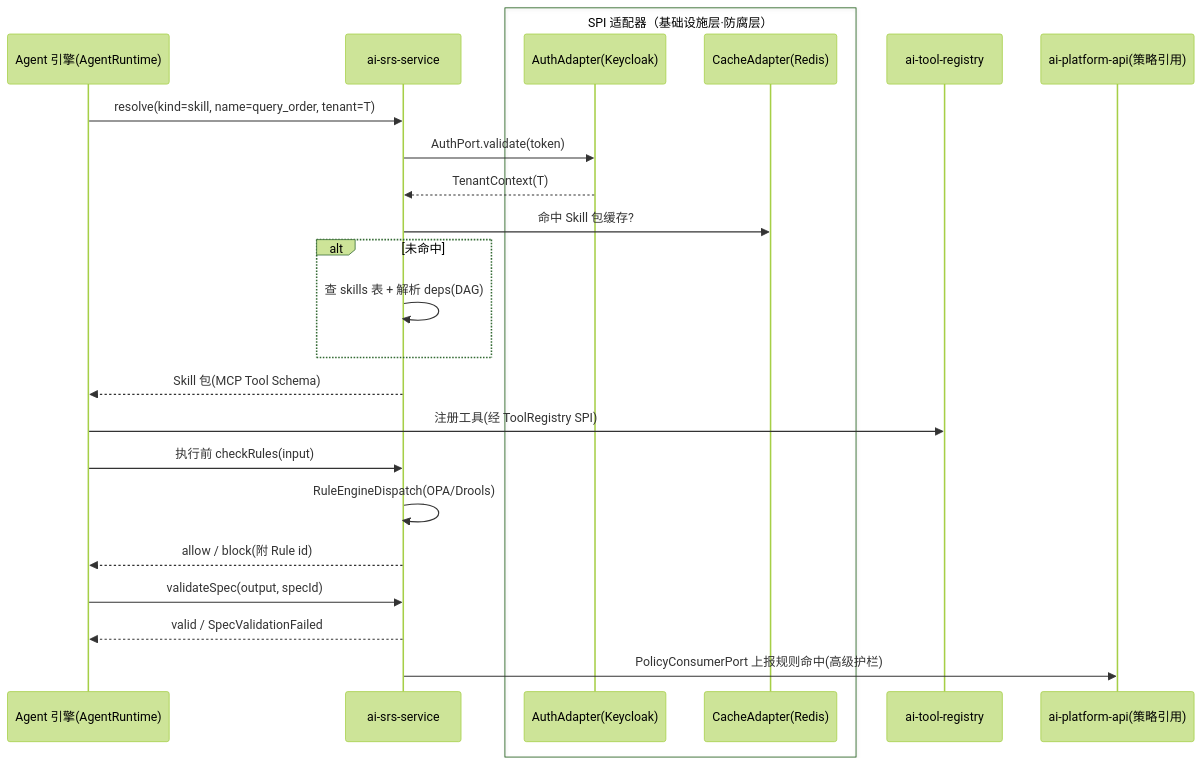
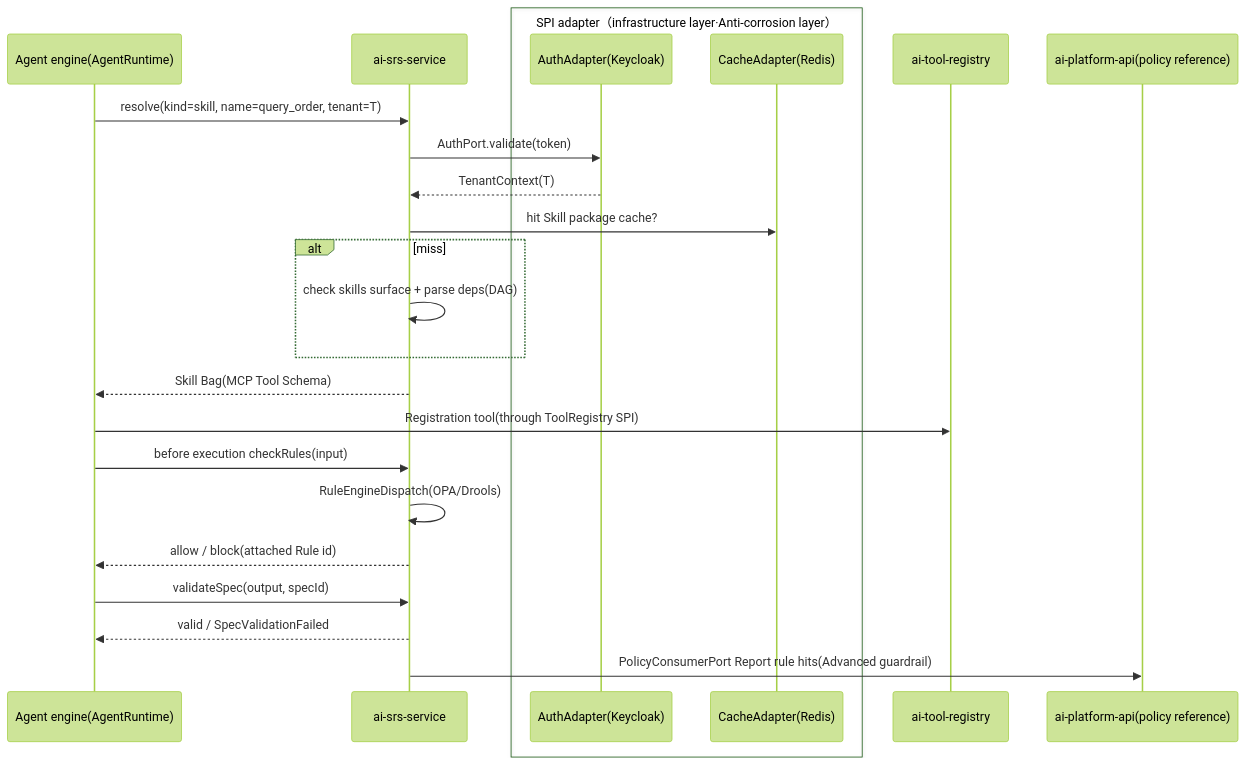
One commit to open-strata-ai/ai-srs-service changed the fourth of 5 diagrams in design/DESIGN.md. Above: the diagram before and after it, drawn with Mermaid (forest theme). The commit also changed other lines of this file and 9 other files, not shown here.

````diff
--- a/design/DESIGN.md
+++ b/design/DESIGN.md
@@ -290,27 +290,27 @@
 ```mermaid
 sequenceDiagram
-    participant AGENT as Agent 引擎(AgentRuntime)
+    participant AGENT as Agent engine(AgentRuntime)
     participant SRS as ai-srs-service
-    box SPI 适配器（基础设施层·防腐层）
+    box SPI adapter（infrastructure layer·Anti-corrosion layer）
     participant Auth as AuthAdapter(Keycloak)
     participant Cache as CacheAdapter(Redis)
     end
     participant TR as ai-tool-registry
-    participant REG as ai-platform-api(策略引用)
+    participant REG as ai-platform-api(policy reference)
 
     AGENT->>SRS: resolve(kind=skill, name=query_order, tenant=T)
     SRS->>Auth: AuthPort.validate(token)
     Auth-->>SRS: TenantContext(T)
-    SRS->>Cache: 命中 Skill 包缓存?
-    alt 未命中
-        SRS->>SRS: 查 skills 表 + 解析 deps(DAG)
+    SRS->>Cache: hit Skill package cache?
+    alt miss
+        SRS->>SRS: check skills surface + parse deps(DAG)
     end
-    SRS-->>AGENT: Skill 包(MCP Tool Schema)
-    AGENT->>TR: 注册工具(经 ToolRegistry SPI)
-    AGENT->>SRS: 执行前 checkRules(input)
+    SRS-->>AGENT: Skill Bag(MCP Tool Schema)
+    AGENT->>TR: Registration tool(through ToolRegistry SPI)
+    AGENT->>SRS: before execution checkRules(input)
     SRS->>SRS: RuleEngineDispatch(OPA/Drools)
-    SRS-->>AGENT: allow / block(附 Rule id)
+    SRS-->>AGENT: allow / block(attached Rule id)
     AGENT->>SRS: validateSpec(output, specId)
     SRS-->>AGENT: valid / SpecValidationFailed
-    SRS->>REG: PolicyConsumerPort 上报规则命中(高级护栏)
+    SRS->>REG: PolicyConsumerPort Report rule hits(Advanced guardrail)
 ```
````
